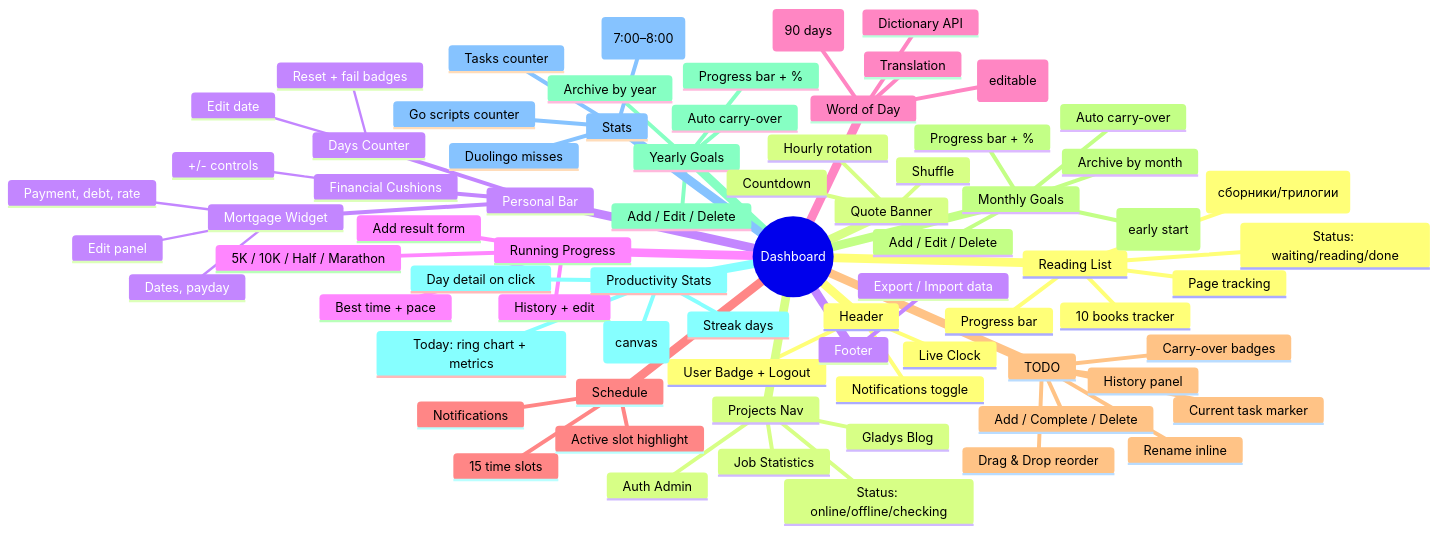
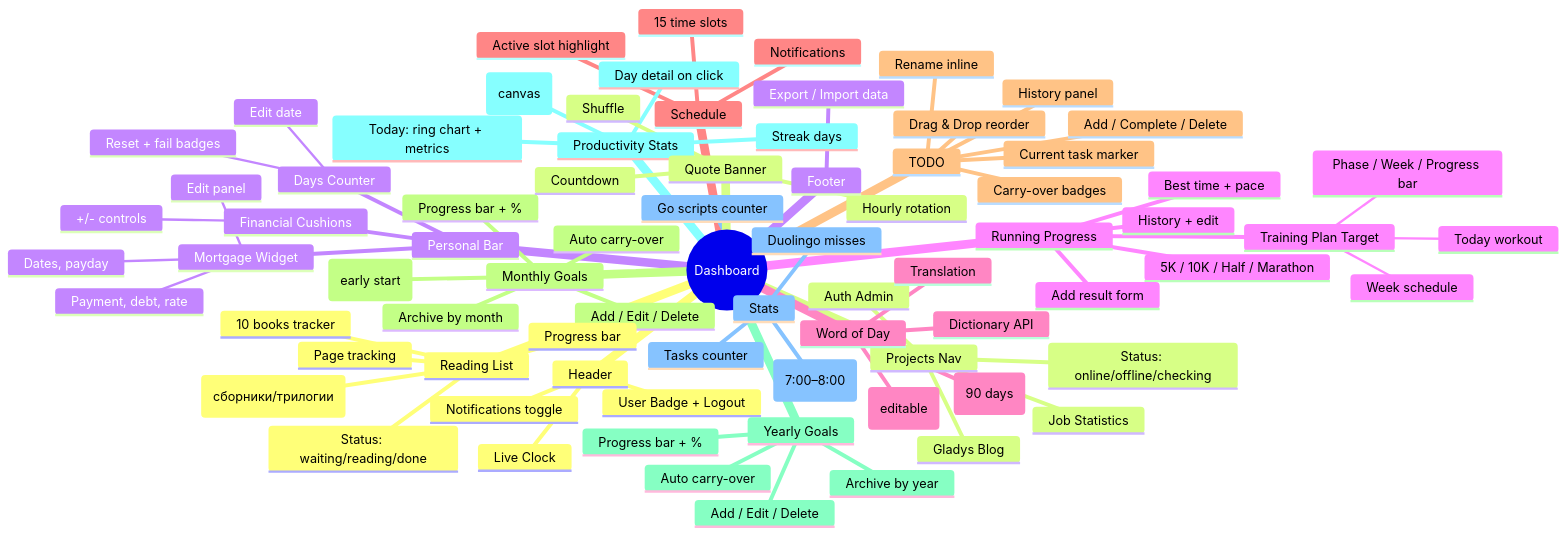
Before and after one commit to Finc8888/Dashboard: the sixth of 13 diagrams in ARCHITECTURE.md, drawn with Mermaid. The commit also changed other lines of this file and 12 other files, not shown here.

````diff
--- a/ARCHITECTURE.md
+++ b/ARCHITECTURE.md
@@ -236,77 +239,81 @@
 ```mermaid
 mindmap
   root((Dashboard))
     Header
       Notifications toggle
       Live Clock
       User Badge + Logout
     Projects Nav
       Auth Admin
       Gladys Blog
       Job Statistics
       Status: online/offline/checking
     Personal Bar
       Days Counter
         Edit date
         Reset + fail badges
       Financial Cushions
         +/- controls
       Mortgage Widget
         Payment, debt, rate
         Dates, payday
         Edit panel
     Running Progress
+      Training Plan Target
+        Phase / Week / Progress bar
+        Today workout
+        Week schedule
       5K / 10K / Half / Marathon
       Best time + pace
       History + edit
       Add result form
     Word of Day
       Dictionary API
       Translation
       Examples (editable)
       Archive (90 days)
     Schedule
       15 time slots
       Active slot highlight
       Notifications
     TODO
       Add / Complete / Delete
       Drag & Drop reorder
       Rename inline
       Current task marker
       Carry-over badges
       History panel
     Monthly Goals
       Add / Edit / Delete
       Auto carry-over
       Recurring goals (early start)
       Progress bar + %
       Archive by month
     Yearly Goals
       Add / Edit / Delete
       Auto carry-over
       Progress bar + %
       Archive by year
     Productivity Stats
       Today: ring chart + metrics
       Streak days
       Week/Month/Year chart (canvas)
       Day detail on click
     Stats
       Go scripts counter
       Tasks counter
       Duolingo misses
       Early Start tracker (7:00–8:00)
     Reading List
       10 books tracker
       Status: waiting/reading/done
       Page tracking
       Progress bar
       Expandable sub-items (сборники/трилогии)
     Quote Banner
       Hourly rotation
       Shuffle
       Countdown
     Footer
       Export / Import data
 ```
````
